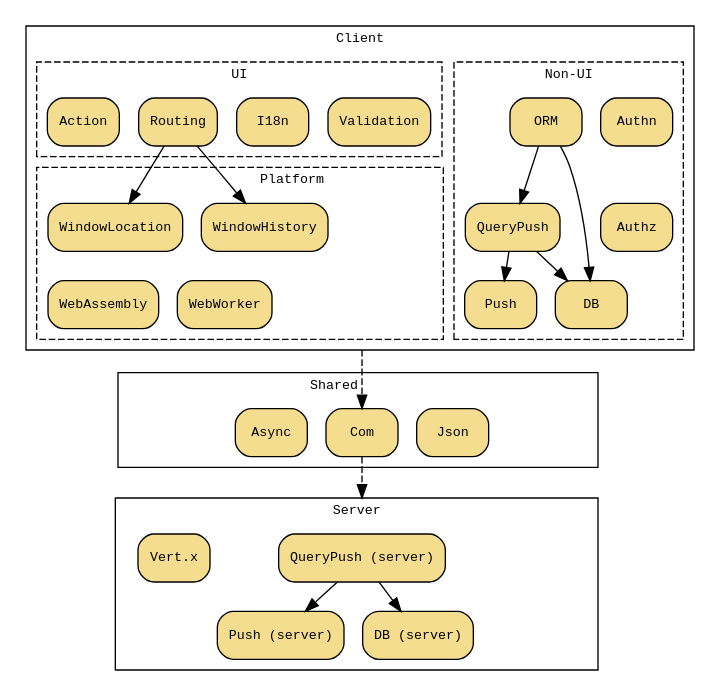
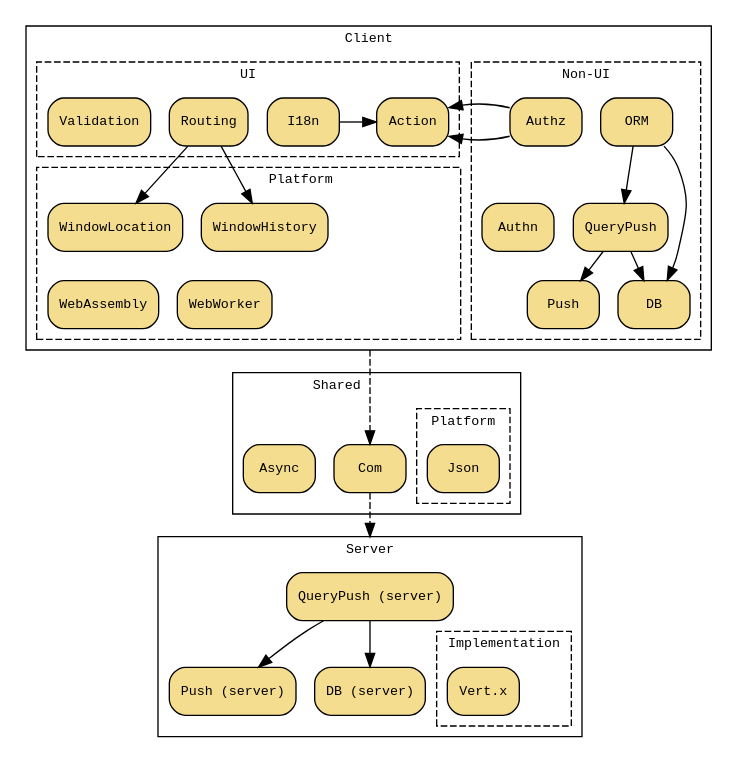
Before and after one commit to webfx-project/webfx-docs: the diagram in src/main/asciidoc/webfx-stack/webfx-stack.adoc, drawn with Graphviz.

Commit message:
Put Json and Vert.x nodes in clusters in webfx-stack Graphviz

```diff
--- a/src/main/asciidoc/webfx-stack/webfx-stack.adoc
+++ b/src/main/asciidoc/webfx-stack/webfx-stack.adoc
@@ -3,15 +3,15 @@
 [graphviz, webfx-stack, format=svg]
 ----
 digraph D {
-    graph [compound=true, ranksep=0.3, nodesep=0.2, fontname=monospace, fontsize=10];
-    node [shape="rectangle", style="rounded,filled", fillcolor="#f5dd90", fontname=monospace, fontsize=10];
+    graph [compound=true, ranksep=0.3, nodesep=0.2, fontname=monospace, fontsize=10]
+    node [shape="rectangle", style="rounded,filled", fillcolor="#f5dd90", fontname=monospace, fontsize=10]
 
     subgraph cluster_C {
-        label = "Client";
+        label = "Client"
 
         subgraph cluster_NonUI {
-            label = "Non-UI";
-            style = "dashed";
+            label = "Non-UI"
+            style = "dashed"
 
             Authn
             Authz
@@ -20,11 +20,13 @@
             Push
             QueryPush
 
-            {rank=same Authn ORM}
-            {rank=same Authz QueryPush}
+            {rank=same Authz ORM}
+            {rank=same QueryPush Authn}
             {rank=same Push DB}
-            Authn -> Authz -> ORM [style=invis]
             Push -> DB [style=invis]
+
+            Authz -> ORM [style=invis]
+            Authn -> QueryPush [style=invis]
 
             ORM -> DB
             ORM -> QueryPush
@@ -33,25 +35,26 @@
         }
 
         subgraph cluster_UI {
-            label = "UI";
-            style = "dashed";
+            label = "UI"
+            style = "dashed"
 
+            Validation
             Routing
             I18n
-            Validation
             Action
 
-            {rank=same Action I18n Validation Routing}
-            Action -> Routing -> I18n [style=invis]
+            {rank=same Validation Routing I18n Action}
+            I18n -> Action [minlen=2]
+            Validation -> Routing -> I18n [style=invis]
         }
 
         subgraph cluster_P {
-            style = "dashed";
-            label = "              Platform";
+            style = "dashed"
+            label = "              Platform"
 
             WindowHistory
             WindowLocation
-            PBR [label="PBRRRRRRRRRRRRR",style=invis]
+            PBR [label="PBRRRRRRRRRRRRRRR",style=invis]
             WebAssembly
             WebWorker
 
@@ -64,38 +67,43 @@
     }
 
     subgraph cluster_SHR {
-        label = "Shared      ";
+        label = "Shared          "
 
-        L [label="LLLLLLLL",style=invis]
         Async
         Com
-        Json
-        R [label="RRRRRRR",style=invis]
 
-        {rank=same L Async Json Com R}
-        L -> Async -> Com -> Json -> R [style=invis]
+        subgraph cluster_SHRP {
+            label = "Platform"
+            style = "dashed"
+
+            Json
+        }
+
+        {rank=same Async Com}
+        Async -> Com [style=invis]
+        Com -> Json [style=invis, constraint=false]
     }
 
     subgraph cluster_S {
-        label = "Server";
+        label = "Server"
 
         DBS [label="DB (server)"]
         PushS [label="Push (server)"]
         QueryPushS [label="QueryPush (server)"]
-        Vertx [label="Vert.x"]
-        TR [style=invis]
-        BL [style=invis;label="LLLLLL"]
-        BR [style=invis;label="RRRRRRRRR"]
 
-        TR -> BR [style=invis]
-        {rank=same Vertx QueryPushS TR}
+        subgraph cluster_I {
+            label = "Implementation"
+            style = "dashed"
+
+            Vertx [label="Vert.x"]
+        }
+
         {rank=same DBS PushS}
         PushS -> DBS [style=invis]
-        Vertx -> BL [style=invis]
-        Vertx -> QueryPushS -> TR [style=invis]
 
         QueryPushS -> PushS
         QueryPushS -> DBS
+        QueryPushS -> Vertx [style=invis,len=2]
     }
 
     Routing -> WindowLocation
@@ -103,5 +111,7 @@
 
     PBR -> Com [ltail=cluster_C,style=dashed,minlen=2]
     Com -> QueryPushS [lhead=cluster_S,style=dashed,minlen=2]
+
+    Authz -> Action [constraint=false] // Double edge! Why?
 }
 ----
```
